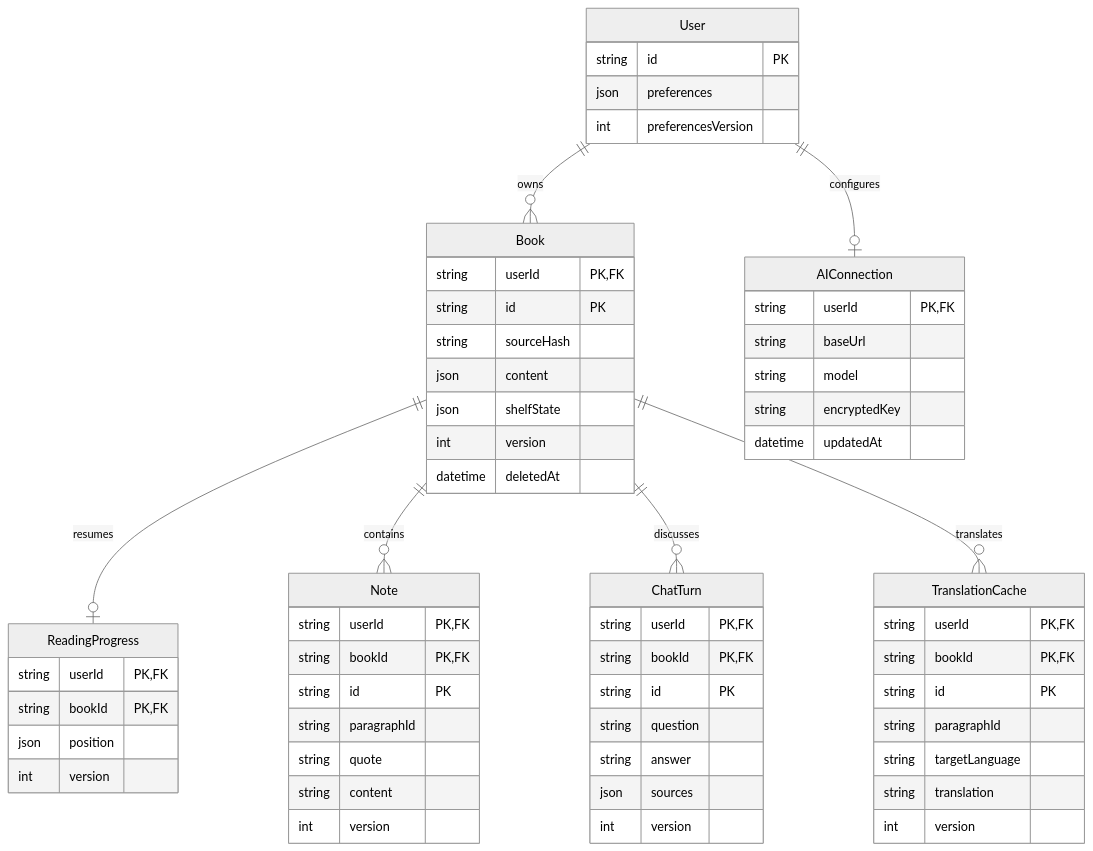
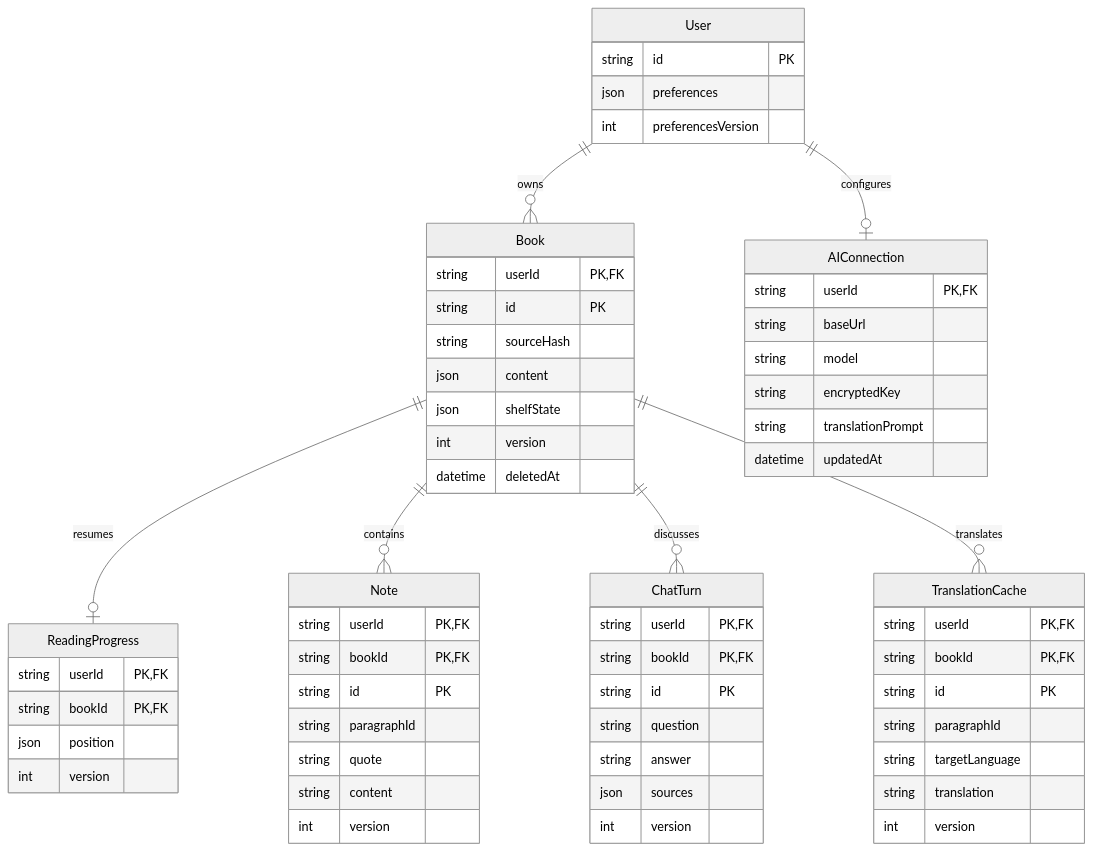
One commit to velobase/ai-read changed the diagram in docs/architecture.md. Above: the diagram before and after it, drawn with Mermaid (neutral theme). The commit also changed other lines of this file and 20 other files, not shown here.

````diff
--- a/docs/architecture.md
+++ b/docs/architecture.md
@@ -88,63 +88,64 @@
 ```mermaid
 erDiagram
     User ||--o{ Book : owns
     User ||--o| AIConnection : configures
     Book ||--o| ReadingProgress : resumes
     Book ||--o{ Note : contains
     Book ||--o{ ChatTurn : discusses
     Book ||--o{ TranslationCache : translates
     User {
         string id PK
         json preferences
         int preferencesVersion
     }
     AIConnection {
         string userId PK,FK
         string baseUrl
         string model
         string encryptedKey
+        string translationPrompt
         datetime updatedAt
     }
     Book {
         string userId PK,FK
         string id PK
         string sourceHash
         json content
         json shelfState
         int version
         datetime deletedAt
     }
     ReadingProgress {
         string userId PK,FK
         string bookId PK,FK
         json position
         int version
     }
     Note {
         string userId PK,FK
         string bookId PK,FK
         string id PK
         string paragraphId
         string quote
         string content
         int version
     }
     ChatTurn {
         string userId PK,FK
         string bookId PK,FK
         string id PK
         string question
         string answer
         json sources
         int version
     }
     TranslationCache {
         string userId PK,FK
         string bookId PK,FK
         string id PK
         string paragraphId
         string targetLanguage
         string translation
         int version
     }
 ```
````
